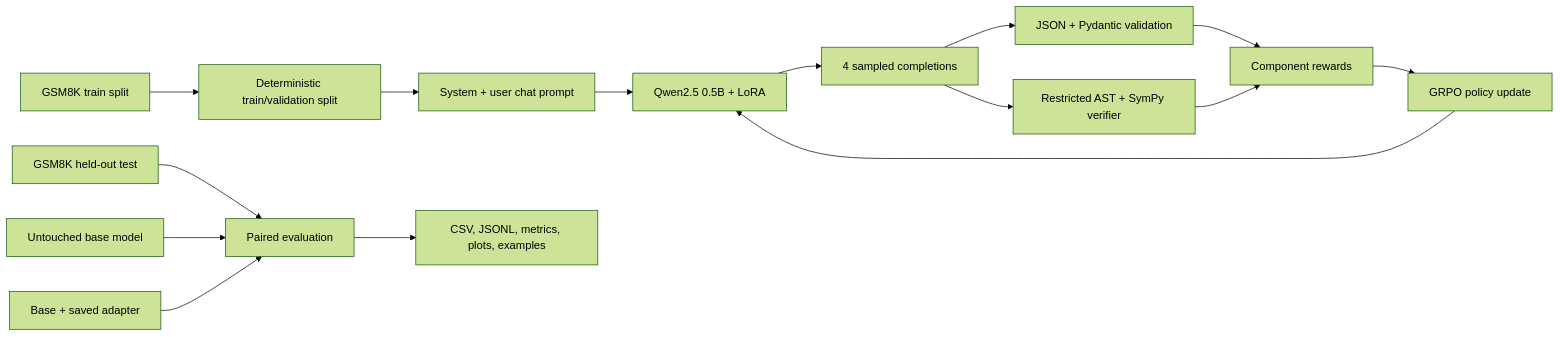
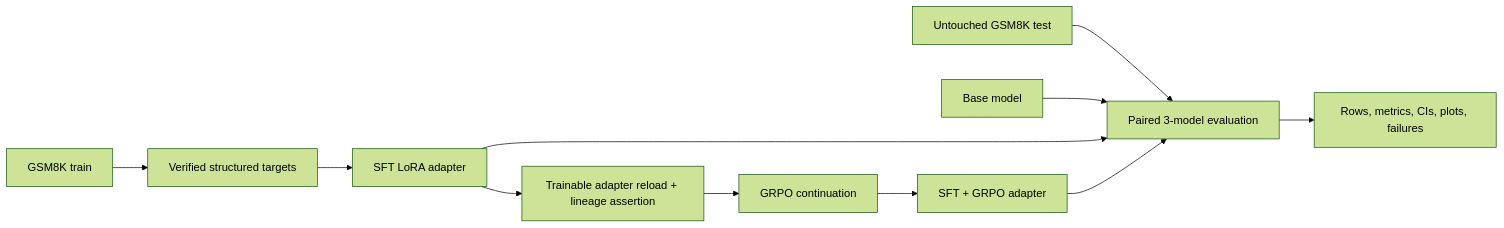
The diagram in README.md (jonathannerd/ReasonForge), drawn with Mermaid (forest theme) before and after one commit. The commit also changed other lines of this file and 36 other files, not shown here.

Commit message:
Implement SFT-to-GRPO training pipeline

````diff
--- a/README.md
+++ b/README.md
@@ -9,17 +16,13 @@
 ```mermaid
 flowchart LR
-    D["GSM8K train split"] --> S["Deterministic train/validation split"]
-    T["GSM8K held-out test"] --> E["Paired evaluation"]
-    S --> P["System + user chat prompt"]
-    P --> M["Qwen2.5 0.5B + LoRA"]
-    M --> G["4 sampled completions"]
-    G --> J["JSON + Pydantic validation"]
-    G --> V["Restricted AST + SymPy verifier"]
-    J --> R["Component rewards"]
-    V --> R
-    R --> O["GRPO policy update"]
-    O --> M
-    B["Untouched base model"] --> E
-    A["Base + saved adapter"] --> E
-    E --> X["CSV, JSONL, metrics, plots, examples"]
+    A["GSM8K train"] --> B["Verified structured targets"]
+    B --> C["SFT LoRA adapter"]
+    C --> D["Trainable adapter reload + lineage assertion"]
+    D --> E["GRPO continuation"]
+    E --> F["SFT + GRPO adapter"]
+    T["Untouched GSM8K test"] --> G["Paired 3-model evaluation"]
+    Q["Base model"] --> G
+    C --> G
+    F --> G
+    G --> H["Rows, metrics, CIs, plots, failures"]
 ```
````
